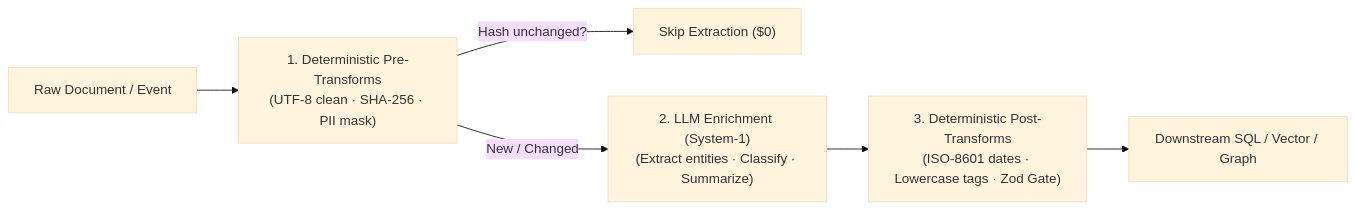
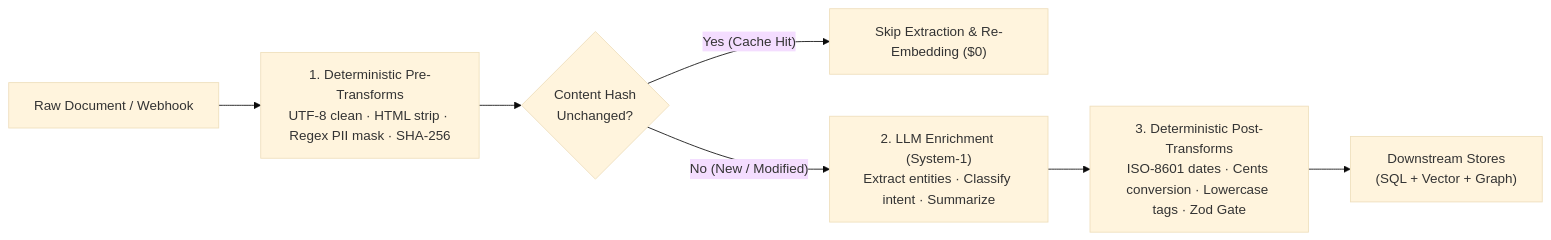
One commit to Amie-dev/FDE-and-GenAI-Mastery changed the first of 2 diagrams in Lecture 25 - AI Data Contracts and Lakehouse Lifecycle/notes/01_LLM_Powered_Extraction_and_Deterministic_Transforms.md. Above: the diagram before and after it, drawn with Mermaid (base theme). The commit also changed other lines of this file and 92 other files, not shown here.

````diff
--- a/Lecture 25 - AI Data Contracts and Lakehouse Lifecycle/notes/01_LLM_Powered_Extraction_and_Deterministic_Transforms.md
+++ b/Lecture 25 - AI Data Contracts and Lakehouse Lifecycle/notes/01_LLM_Powered_Extraction_and_Deterministic_Transforms.md
@@ -23,8 +28,9 @@
 ```mermaid
 flowchart LR
-    Raw["Raw Document / Event"] --> Det1["1. Deterministic Pre-Transforms<br/>(UTF-8 clean · SHA-256 · PII mask)"]
-    Det1 -->|"Hash unchanged?"| Skip["Skip Extraction ($0)"]
-    Det1 -->|"New / Changed"| LLM["2. LLM Enrichment (System-1)<br/>(Extract entities · Classify · Summarize)"]
-    LLM --> Det2["3. Deterministic Post-Transforms<br/>(ISO-8601 dates · Lowercase tags · Zod Gate)"]
-    Det2 --> Store["Downstream SQL / Vector / Graph"]
+    Raw["Raw Document / Webhook"] --> Det1["1. Deterministic Pre-Transforms<br/>UTF-8 clean · HTML strip · Regex PII mask · SHA-256"]
+    Det1 --> Gate{"Content Hash<br/>Unchanged?"}
+    Gate -->|"Yes (Cache Hit)"| Skip["Skip Extraction & Re-Embedding ($0)"]
+    Gate -->|"No (New / Modified)"| LLM["2. LLM Enrichment (System-1)<br/>Extract entities · Classify intent · Summarize"]
+    LLM --> Det2["3. Deterministic Post-Transforms<br/>ISO-8601 dates · Cents conversion · Lowercase tags · Zod Gate"]
+    Det2 --> Store["Downstream Stores<br/>(SQL + Vector + Graph)"]
 ```
````
